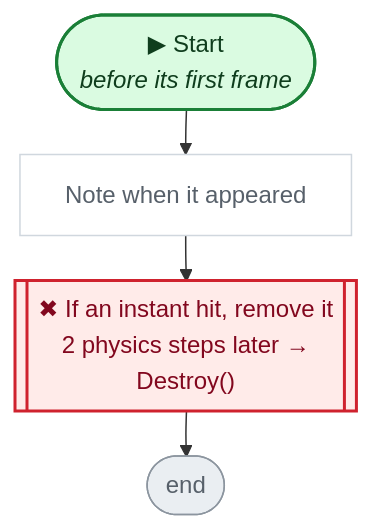
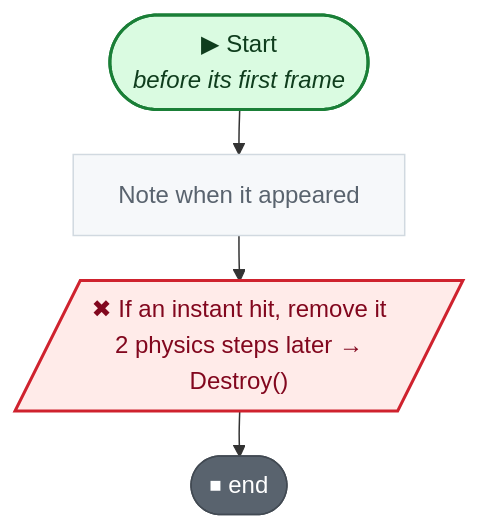
One commit to nataiai/Lord-of-the-Dungeon changed the third of 4 diagrams in CodeGraph~/graph/HitBox.cs.md. Above: the diagram before and after it, drawn with Mermaid. The commit also changed other lines of this file and 57 other files, not shown here.

````diff
--- a/CodeGraph~/graph/HitBox.cs.md
+++ b/CodeGraph~/graph/HitBox.cs.md
@@ -115,35 +117,35 @@
 ```mermaid
 ---
 config:
   flowchart:
     wrappingWidth: 260
     nodeSpacing: 26
     rankSpacing: 30
 ---
 flowchart TD
   nS(["▶ Start<br><i>before its first frame</i>"])
   n8c0d53["Note when it appeared"]
-  n29f8cd[["✖ If an instant hit, remove it<br>2 physics steps later →<br>Destroy()"]]
-  nE(["end"])
+  n29f8cd[/"✖ If an instant hit, remove it<br>2 physics steps later →<br>Destroy()"/]
+  nE(["⏹ end"])
   nS --> n8c0d53
   n8c0d53 --> n29f8cd
   n29f8cd --> nE
   classDef unity fill:#dafbe1,stroke:#1a7f37,stroke-width:2px,color:#0f3d1d
   classDef start fill:#dafbe1,stroke:#1a7f37,stroke-width:2px,color:#0f3d1d
-  classDef calc fill:#ffffff,stroke:#d0d7de,color:#57606a
+  classDef calc fill:#f6f8fa,stroke:#d1d9e0,color:#59636e
   classDef calls fill:#ddf4ff,stroke:#0969da,stroke-width:2px,color:#0a3069
-  classDef ext fill:#ddf4ff,stroke:#0969da,stroke-width:2px,stroke-dasharray:5 3,color:#0a3069
-  classDef cond fill:#fff8c5,stroke:#bf8700,stroke-width:1.5px,color:#3d2a00
-  classDef loop fill:#f6f8fa,stroke:#57606a,color:#1f2328
-  classDef exit fill:#ffebe9,stroke:#cf222e,color:#82071e
+  classDef ext fill:#f6f8fa,stroke:#59636e,stroke-width:1.5px,stroke-dasharray:5 5,color:#1f2328
+  classDef cond fill:#fff8c5,stroke:#9a6700,stroke-width:1.5px,color:#3d2a00
+  classDef loop fill:#fff8c5,stroke:#9a6700,color:#3d2a00
+  classDef wait fill:#fff8c5,stroke:#9a6700,color:#3d2a00
+  classDef exit fill:#59636e,stroke:#424a53,color:#ffffff
+  classDef fin fill:#59636e,stroke:#424a53,color:#ffffff
+  classDef act fill:#ffffff,stroke:#59636e,stroke-width:1.5px,color:#1f2328
   classDef kill fill:#ffebe9,stroke:#cf222e,stroke-width:2px,color:#82071e
-  classDef spawn fill:#dafbe1,stroke:#1a7f37,stroke-width:2px,color:#0f3d1d
-  classDef wait fill:#fff1e5,stroke:#bc4c00,color:#4d1d00
-  classDef fin fill:#eaeef2,stroke:#8c959f,color:#57606a
   classDef join fill:#d0d7de,stroke:#8c959f,color:#57606a
   classDef ghdr fill:#f5f9ff,stroke:#f5f9ff,color:#0a3069,font-weight:bold
   class n8c0d53 calc
   class nE fin
   class n29f8cd kill
   class nS unity
 ```
````
